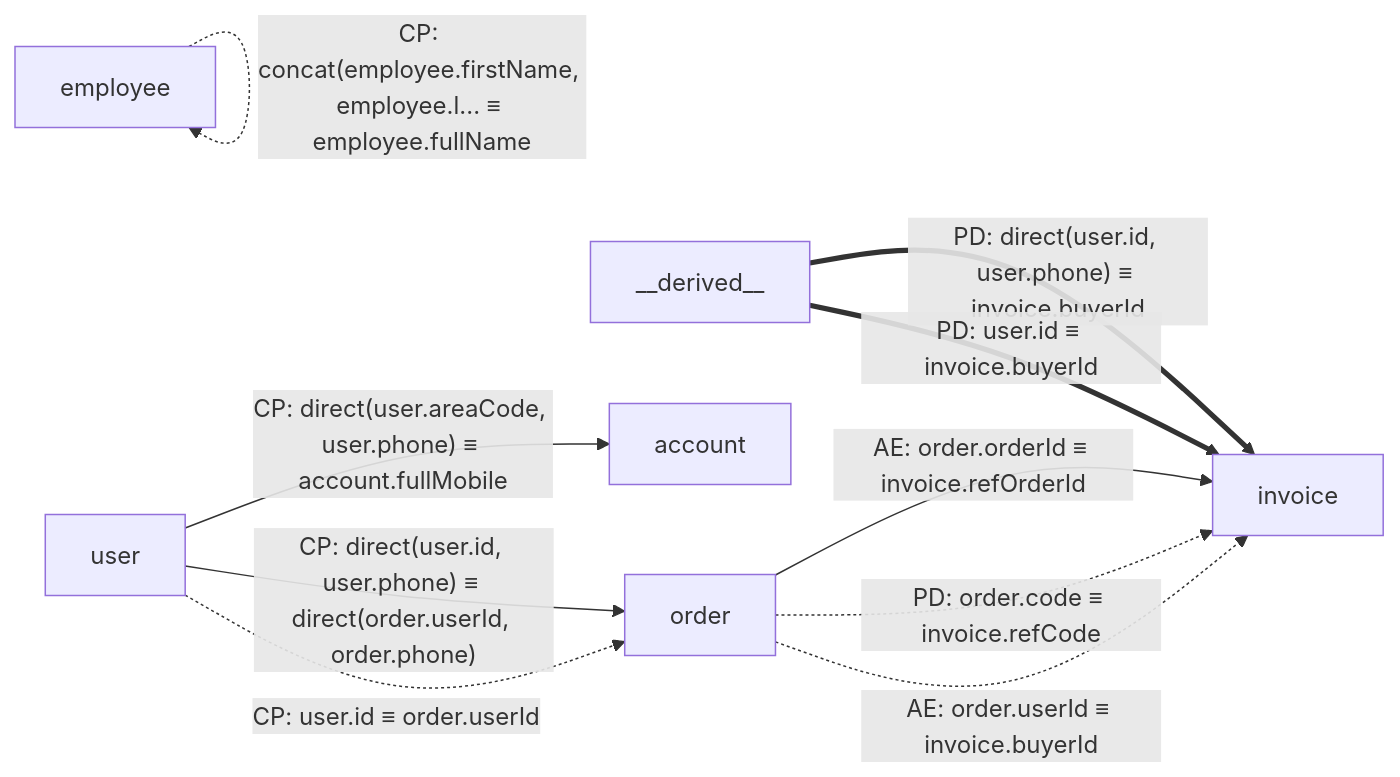
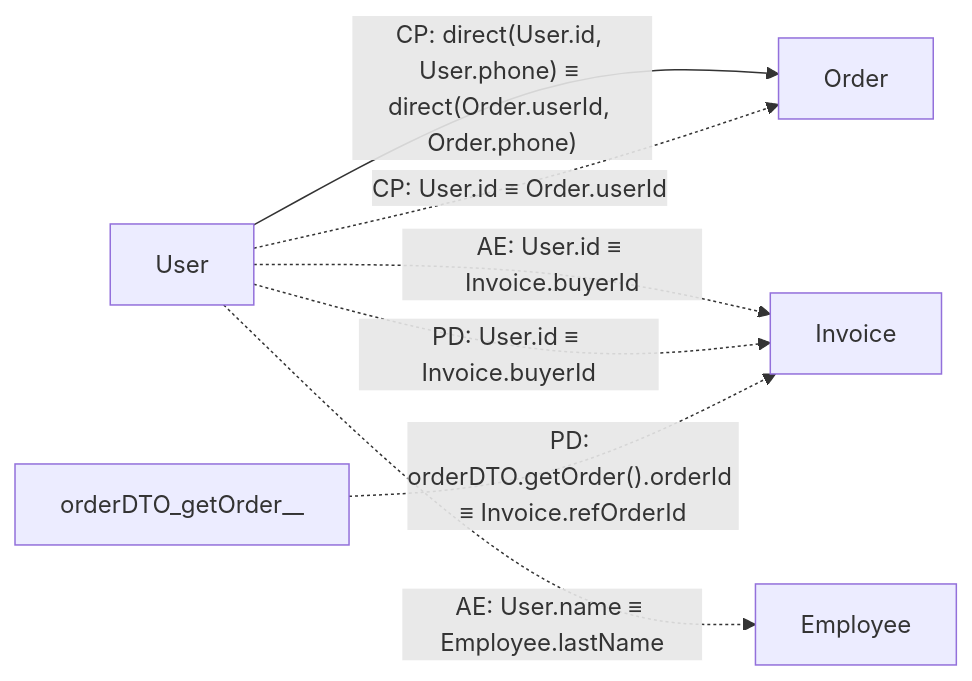
Before and after one commit to LIngcheng-zeng/classRelation: the diagram in classRelationTestCode.md, drawn with Mermaid. The commit also changed other lines of this file and 7 other files, not shown here.

````diff
--- a/classRelationTestCode.md
+++ b/classRelationTestCode.md
@@ -14,12 +14,9 @@
 ```mermaid
 flowchart LR
-    order -->|"AE: order.orderId ≡ invoice.refOrderId"| invoice
-    order -.->|"PD: order.code ≡ invoice.refCode"| invoice
-    order -.->|"AE: order.userId ≡ invoice.buyerId"| invoice
-    employee -.->|"CP: concat(employee.firstName, employee.l... ≡ employee.fullName"| employee
-    user -->|"CP: direct(user.areaCode, user.phone) ≡ account.fullMobile"| account
-    user -->|"CP: direct(user.id, user.phone) ≡ direct(order.userId, order.phone)"| order
-    user -.->|"CP: user.id ≡ order.userId"| order
-    __derived__ ==>|"PD: direct(user.id, user.phone) ≡ invoice.buyerId"| invoice
-    __derived__ ==>|"PD: user.id ≡ invoice.buyerId"| invoice
+    User -->|"CP: direct(User.id, User.phone) ≡ direct(Order.userId, Order.phone)"| Order
+    User -.->|"CP: User.id ≡ Order.userId"| Order
+    User -.->|"AE: User.id ≡ Invoice.buyerId"| Invoice
+    User -.->|"PD: User.id ≡ Invoice.buyerId"| Invoice
+    User -.->|"AE: User.name ≡ Employee.lastName"| Employee
+    orderDTO_getOrder__ -.->|"PD: orderDTO.getOrder().orderId ≡ Invoice.refOrderId"| Invoice
 ```
````
